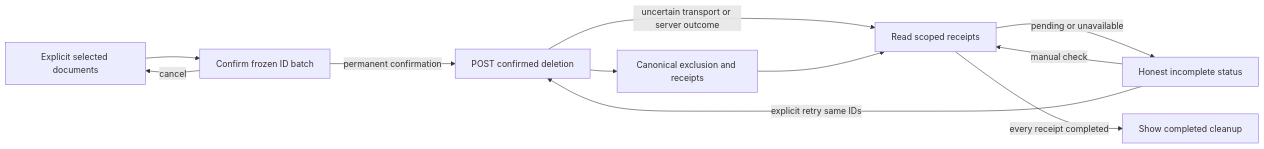
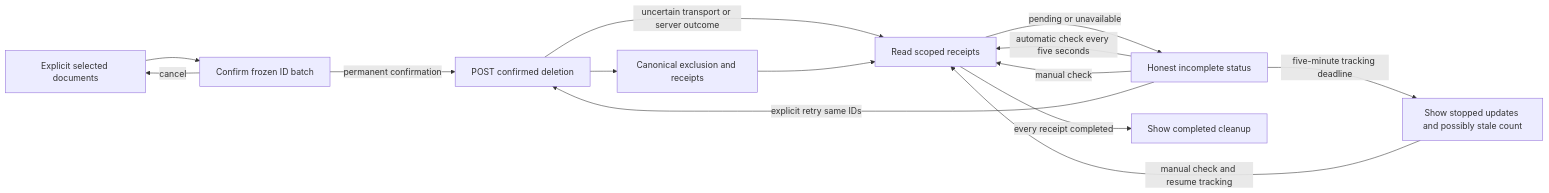
The fourth of 4 diagrams in frontend/src/features/archive/README.md (rnkraus/investment-research), drawn with Mermaid before and after one commit. The commit also changed other lines of this file and 6 other files, not shown here.

````diff
--- a/frontend/src/features/archive/README.md
+++ b/frontend/src/features/archive/README.md
@@ -152,13 +153,16 @@
 ```mermaid
 flowchart LR
     SELECT[Explicit selected documents] --> CONFIRM[Confirm frozen ID batch]
     CONFIRM -->|cancel| SELECT
     CONFIRM -->|permanent confirmation| POST[POST confirmed deletion]
     POST --> ACCEPTED[Canonical exclusion and receipts]
     POST -->|uncertain transport or server outcome| CHECK[Read scoped receipts]
     ACCEPTED --> CHECK
     CHECK -->|pending or unavailable| PENDING[Honest incomplete status]
+    PENDING -->|automatic check every five seconds| CHECK
+    PENDING -->|five-minute tracking deadline| PAUSED[Show stopped updates and possibly stale count]
+    PAUSED -->|manual check and resume tracking| CHECK
     PENDING -->|manual check| CHECK
     PENDING -->|explicit retry same IDs| POST
     CHECK -->|every receipt completed| DONE[Show completed cleanup]
 ```
````
